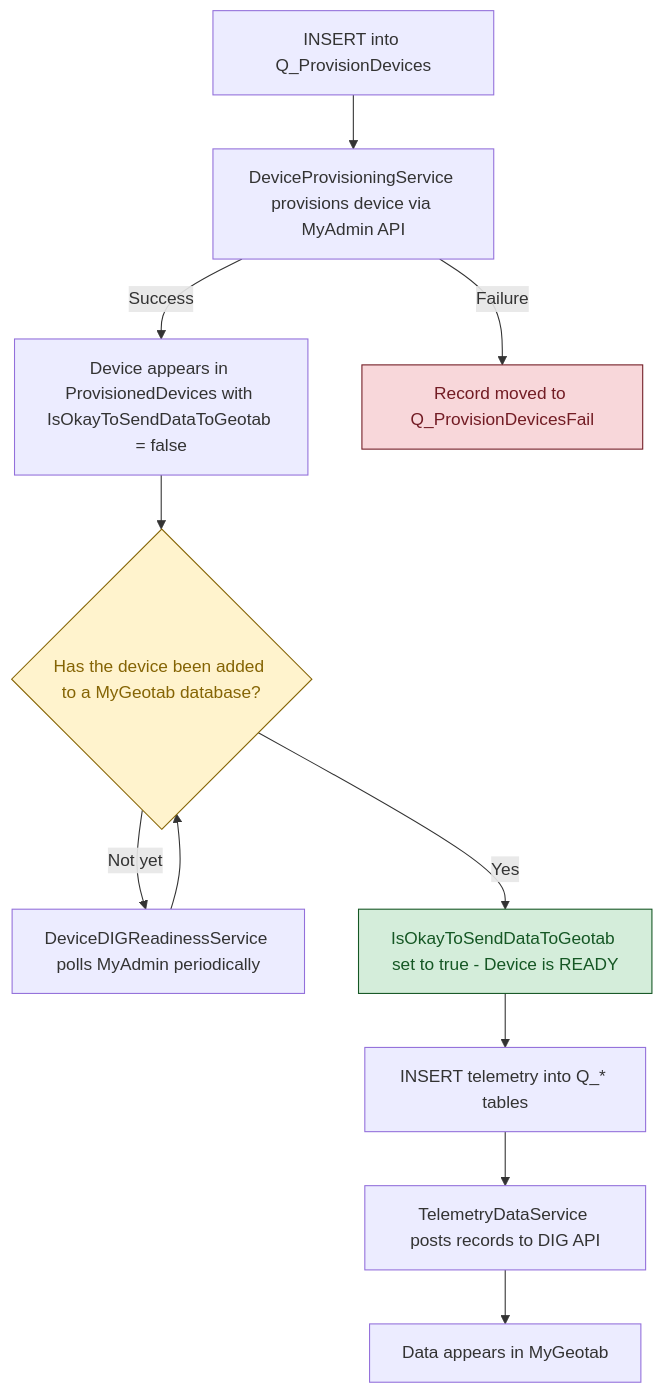
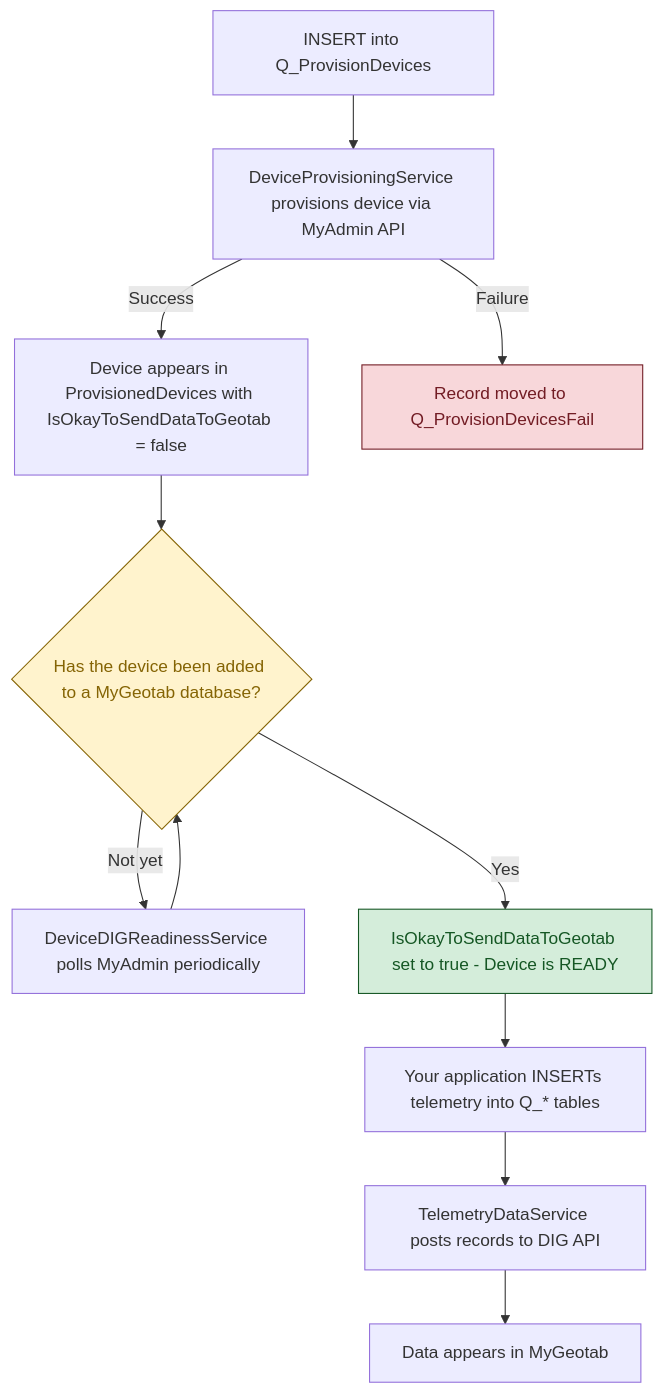
One commit to Geotab/mygeotab-api-adapter changed the fourth of 9 diagrams in GeotabDIGAdapter/README.md. Above: the diagram before and after it, drawn with Mermaid. The commit also changed other lines of this file and 166 other files, not shown here.

````diff
--- a/GeotabDIGAdapter/README.md
+++ b/GeotabDIGAdapter/README.md
@@ -229,17 +401,17 @@
 ```mermaid
 flowchart TD
     A[INSERT into Q_ProvisionDevices] --> B[DeviceProvisioningService provisions device via MyAdmin API]
     B -- Success --> C[Device appears in ProvisionedDevices with IsOkayToSendDataToGeotab = false]
     B -- Failure --> F[Record moved to Q_ProvisionDevicesFail]
     C --> D{Has the device been added to a MyGeotab database?}
     D -- Not yet --> W[DeviceDIGReadinessService polls MyAdmin periodically]
     W --> D
     D -- Yes --> E[IsOkayToSendDataToGeotab set to true - Device is READY]
-    E --> G[INSERT telemetry into Q_* tables]
+    E --> G[Your application INSERTs telemetry into Q_* tables]
     G --> H[TelemetryDataService posts records to DIG API]
     H --> I[Data appears in MyGeotab]
 
     style D fill:#fff3cd,stroke:#856404,color:#856404
     style E fill:#d4edda,stroke:#155724,color:#155724
     style F fill:#f8d7da,stroke:#721c24,color:#721c24
 ```
````
